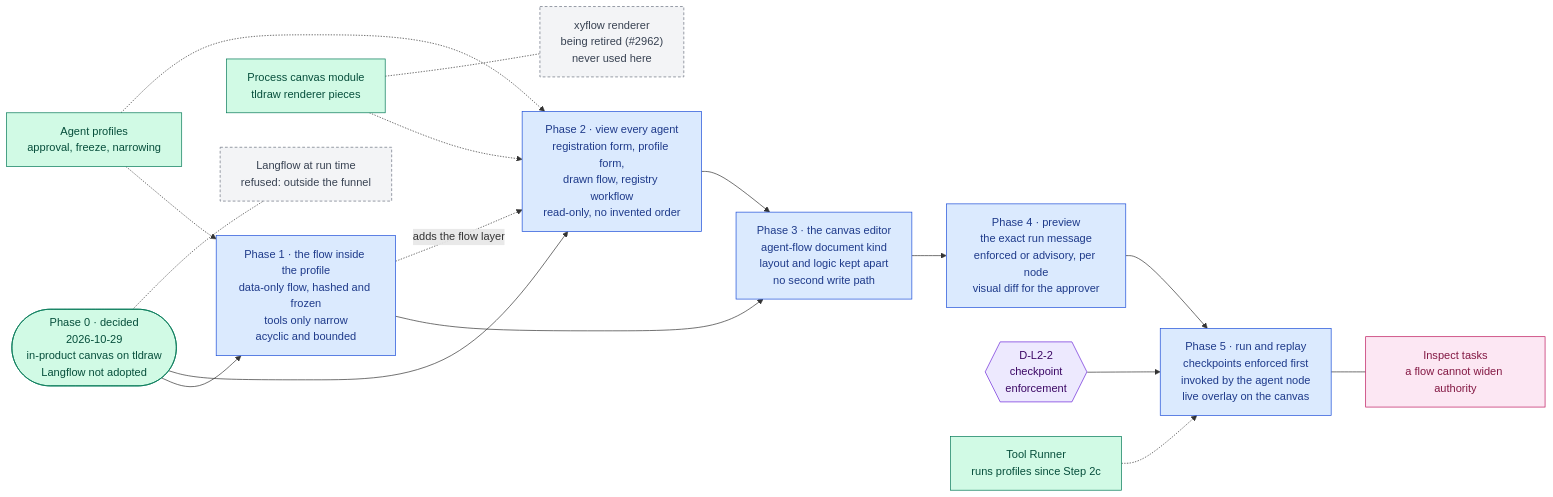
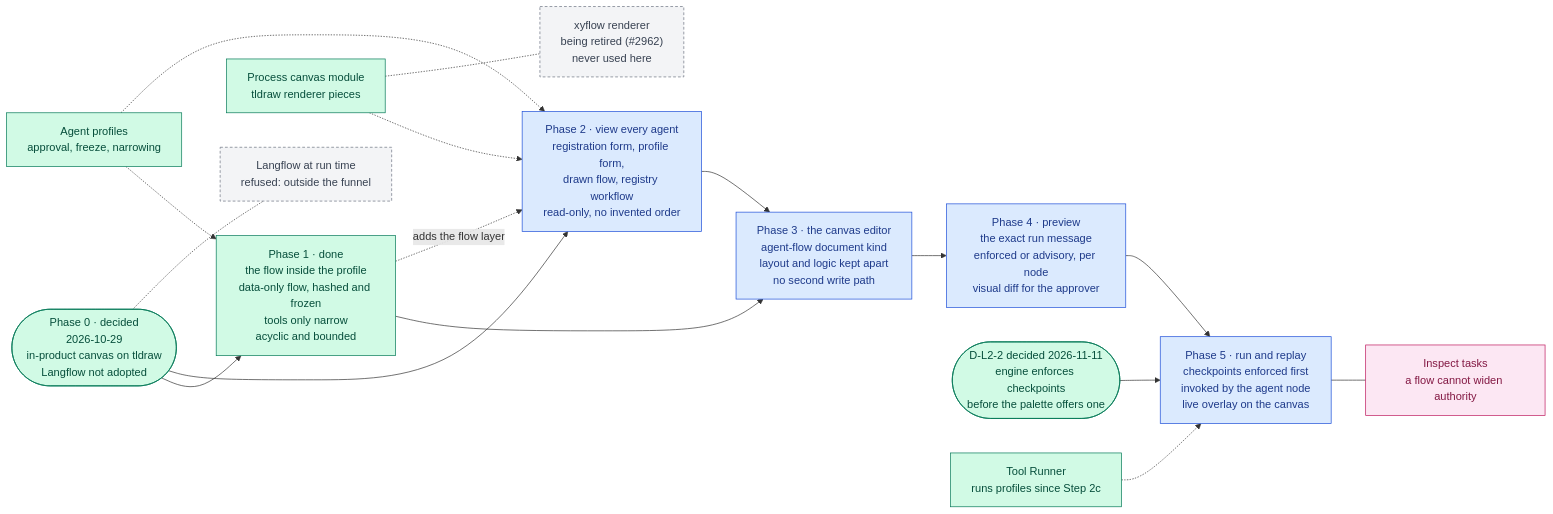
Before and after one commit to RodnaPamet/inflect-compliance: the diagram in docs/ai-architecture/langflow.md, drawn with Mermaid. The commit also changed other lines of this file and 287 other files, not shown here.

First line of the commit message:
AI roadmap waves 0–1: owner decisions, 22 phases built across 15 roadmaps (#5323)

````diff
--- a/docs/ai-architecture/langflow.md
+++ b/docs/ai-architecture/langflow.md
@@ -38,35 +38,35 @@
 ```mermaid
 flowchart LR
   P0(["Phase 0 · decided<br/>2026-10-29<br/>in-product canvas on tldraw<br/>Langflow not adopted"]):::done
-  P1["Phase 1 · the flow inside the profile<br/>data-only flow, hashed and frozen<br/>tools only narrow<br/>acyclic and bounded"]:::todo
+  P1["Phase 1 · done<br/>the flow inside the profile<br/>data-only flow, hashed and frozen<br/>tools only narrow<br/>acyclic and bounded"]:::done
   P2["Phase 2 · view every agent<br/>registration form, profile form,<br/>drawn flow, registry workflow<br/>read-only, no invented order"]:::todo
   P3["Phase 3 · the canvas editor<br/>agent-flow document kind<br/>layout and logic kept apart<br/>no second write path"]:::todo
   P4["Phase 4 · preview<br/>the exact run message<br/>enforced or advisory, per node<br/>visual diff for the approver"]:::todo
   P5["Phase 5 · run and replay<br/>checkpoints enforced first<br/>invoked by the agent node<br/>live overlay on the canvas"]:::todo
-  G2{{"D-L2-2<br/>checkpoint<br/>enforcement"}}:::gate
+  G2(["D-L2-2 decided 2026-11-11<br/>engine enforces checkpoints<br/>before the palette offers one"]):::done
   PROF["Agent profiles<br/>approval, freeze, narrowing"]:::done
   CANV["Process canvas module<br/>tldraw renderer pieces"]:::done
   XY["xyflow renderer<br/>being retired (#2962)<br/>never used here"]:::declined
   ENG["Tool Runner<br/>runs profiles since Step 2c"]:::done
   INS["Inspect tasks<br/>a flow cannot widen authority"]:::eval
   LF["Langflow at run time<br/>refused: outside the funnel"]:::declined
 
   P0 --> P1 --> P3 --> P4 --> P5
   P0 --> P2 --> P3
   P1 -.->|adds the flow layer| P2
   PROF -.-> P1
   PROF -.-> P2
   CANV -.-> P2
   G2 --> P5
   ENG -.-> P5
   P5 --- INS
   P0 -.- LF
   CANV -.- XY
 
   classDef done fill:#d1fae5,stroke:#047857,color:#064e3b
   classDef todo fill:#dbeafe,stroke:#1d4ed8,color:#1e3a8a
   classDef gate fill:#ede9fe,stroke:#6d28d9,color:#3b0764
   classDef ext fill:#ffffff,stroke:#64748b,color:#334155,stroke-dasharray:3 3
   classDef eval fill:#fce7f3,stroke:#be185d,color:#831843
   classDef declined fill:#f3f4f6,stroke:#6b7280,color:#374151,stroke-dasharray:4 3
 ```
````
